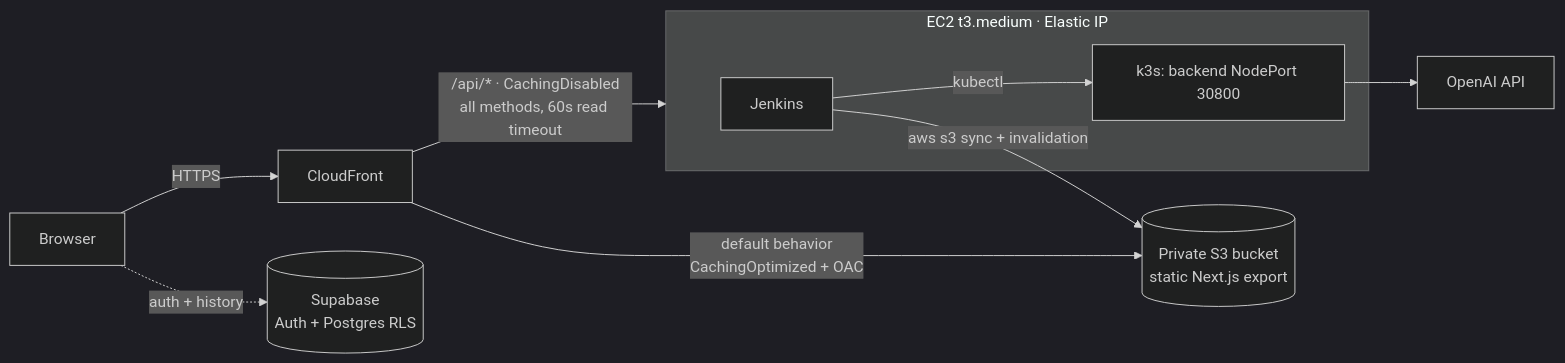
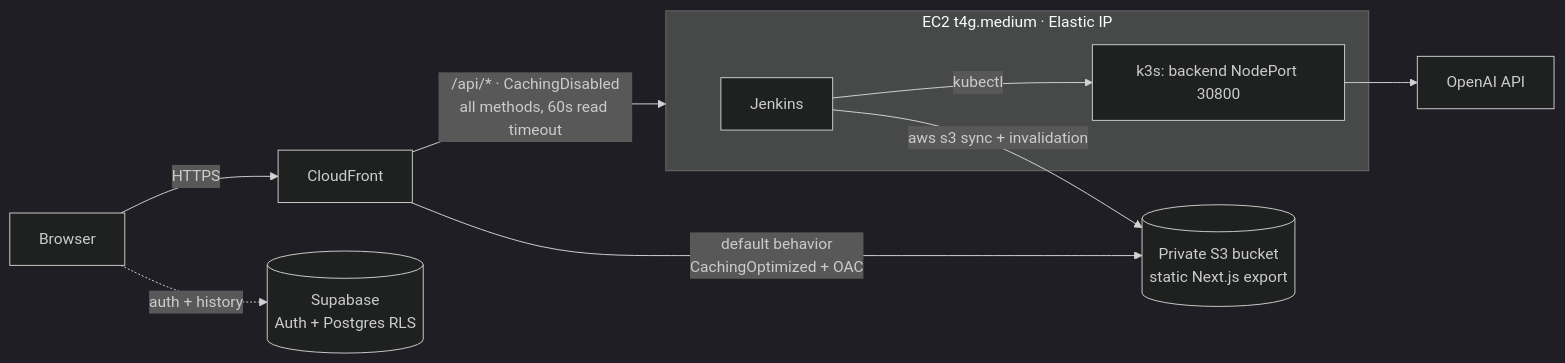
One commit to DavidBatoDev/ss-to-code changed the second of 8 diagrams in README.md. Above: the diagram before and after it, drawn with Mermaid (dark theme). The commit also changed other lines of this file and 5 other files, not shown here.

````diff
--- a/README.md
+++ b/README.md
@@ -162,12 +163,12 @@
 ```mermaid
 flowchart LR
   U[Browser] -->|HTTPS| CF[CloudFront]
   CF -->|default behavior<br/>CachingOptimized + OAC| S3[(Private S3 bucket<br/>static Next.js export)]
   CF -->|/api/* · CachingDisabled<br/>all methods, 60s read timeout| EC2
-  subgraph EC2[EC2 t3.medium · Elastic IP]
+  subgraph EC2[EC2 t4g.medium · Elastic IP]
     J[Jenkins] -->|kubectl| K[k3s: backend NodePort 30800]
   end
   K --> OAI[OpenAI API]
   U -.->|auth + history| SB[(Supabase<br/>Auth + Postgres RLS)]
   J -->|aws s3 sync + invalidation| S3
 ```
````
